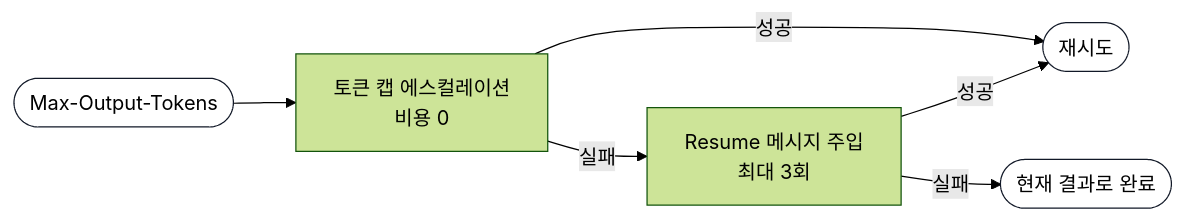
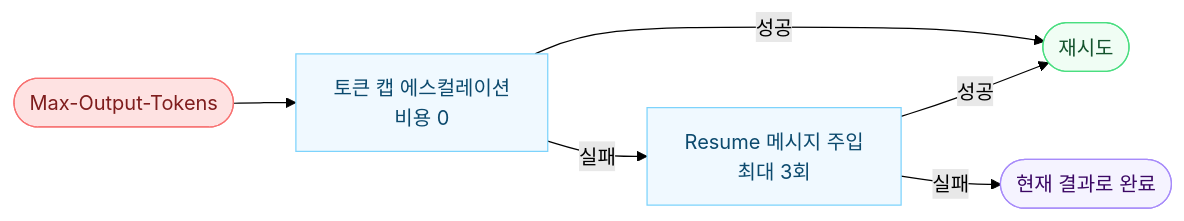
The fourth of 9 diagrams in _wiki/claude-code.md (currenjin/currenjin.github.io), drawn with Mermaid (forest theme) before and after one commit. The commit also changed other lines of this file and 1 other file, not shown here.

Commit message:
style: Apply color-coded classDef and smooth curves to all diagrams

````diff
--- a/_wiki/claude-code.md
+++ b/_wiki/claude-code.md
@@ -192,12 +197,13 @@
 ```mermaid
 flowchart LR
-    E2([Max-Output-Tokens]) --> S1[토큰 캡 에스컬레이션\n비용 0]
-    S1 -->|성공| OK2([재시도])
-    S1 -->|실패| S2[Resume 메시지 주입\n최대 3회]
+    classDef err  fill:#FEE2E2,stroke:#F87171,color:#7f1d1d
+    classDef step fill:#F0F9FF,stroke:#7DD3FC,color:#0c4a6e
+    classDef ok   fill:#F0FDF4,stroke:#4ADE80,color:#14532d
+    classDef done fill:#F5F3FF,stroke:#A78BFA,color:#3b0764
+
+    E2([Max-Output-Tokens]):::err --> S1[토큰 캡 에스컬레이션\n비용 0]:::step
+    S1 -->|성공| OK2([재시도]):::ok
+    S1 -->|실패| S2[Resume 메시지 주입\n최대 3회]:::step
     S2 -->|성공| OK2
-    S2 -->|실패| S3([현재 결과로 완료])
-
-    style E2 fill:transparent,stroke:#111827
-    style OK2 fill:transparent,stroke:#111827
-    style S3 fill:transparent,stroke:#111827
+    S2 -->|실패| S3([현재 결과로 완료]):::done
 ```
````
